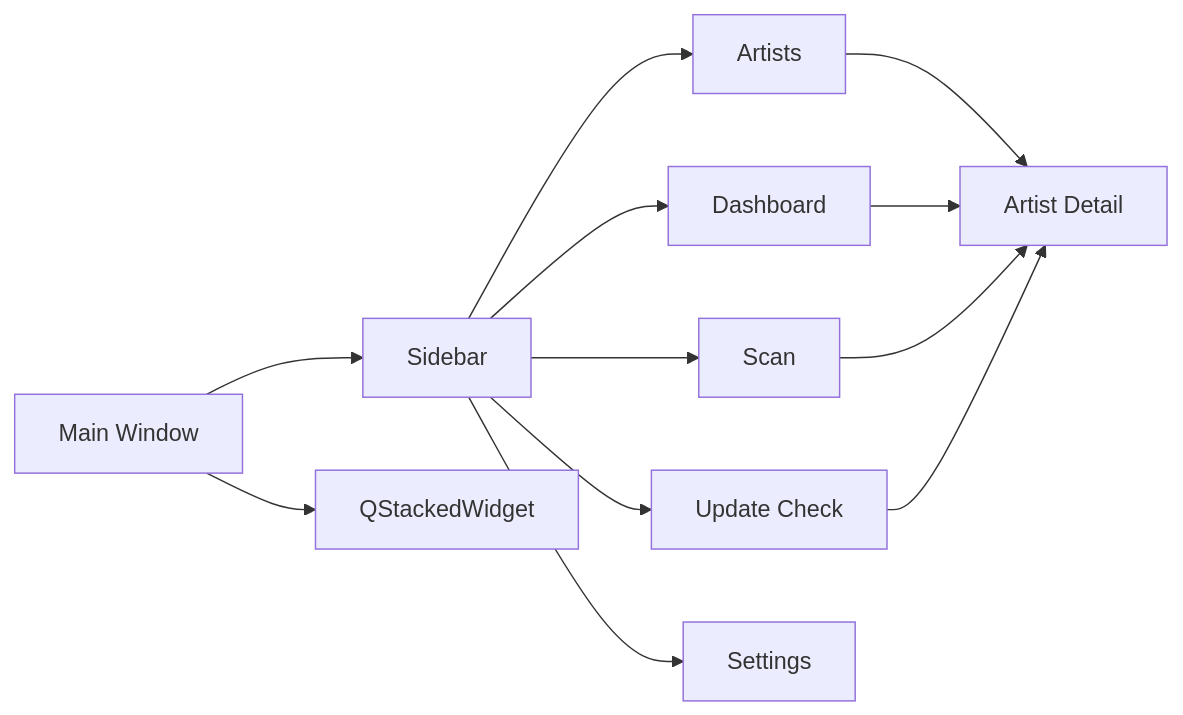
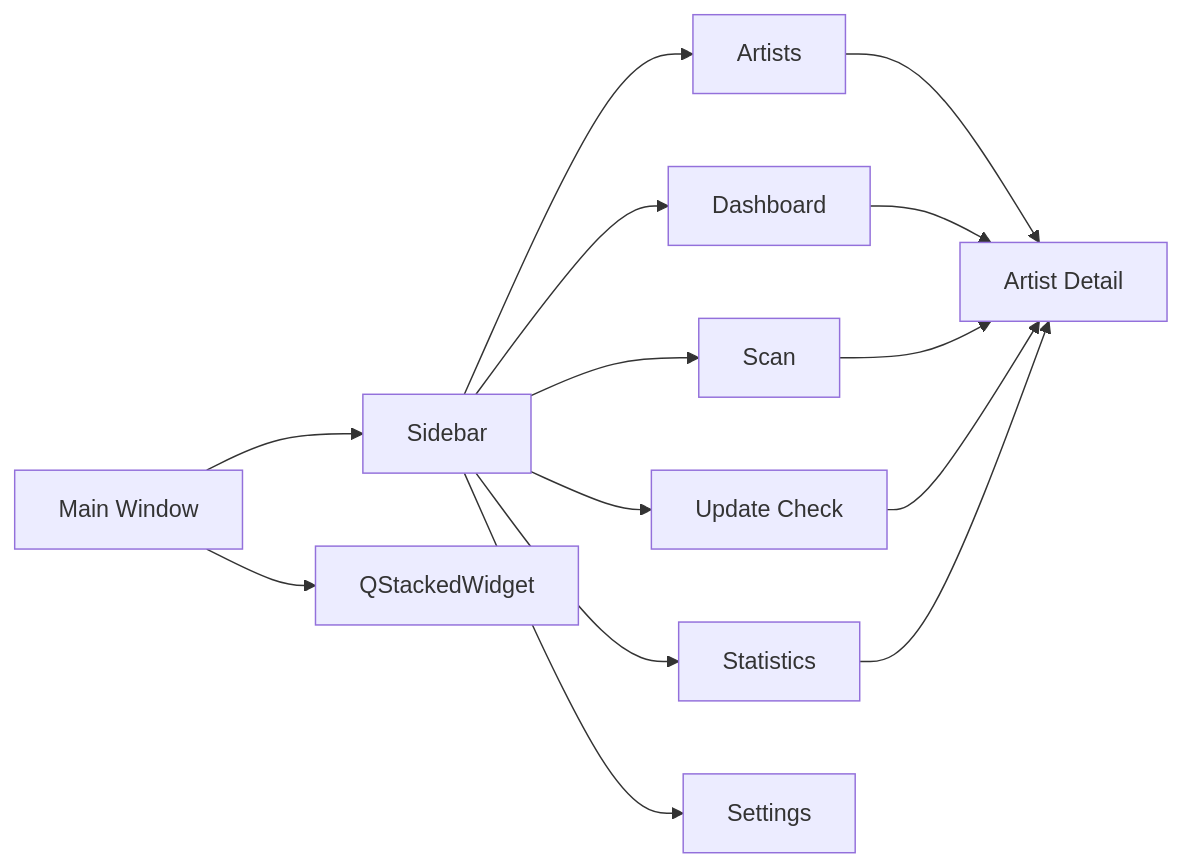
The diagram in docs/05_UI_DESIGN.md (PKT0623/PixivLocalManager), drawn with Mermaid before and after one commit. The commit also changed other lines of this file and 9 other files, not shown here.

````diff
--- a/docs/05_UI_DESIGN.md
+++ b/docs/05_UI_DESIGN.md
@@ -42,19 +42,21 @@
 ```mermaid
 flowchart LR
 
 MAIN[Main Window]
 
 MAIN --> SIDEBAR[Sidebar]
 MAIN --> STACK[QStackedWidget]
 
 SIDEBAR --> DASHBOARD[Dashboard]
 SIDEBAR --> SCAN[Scan]
 SIDEBAR --> ARTISTS[Artists]
 SIDEBAR --> UPDATE[Update Check]
+SIDEBAR --> STATISTICS[Statistics]
 SIDEBAR --> SETTINGS[Settings]
 
 ARTISTS --> DETAIL[Artist Detail]
 DASHBOARD --> DETAIL
 SCAN --> DETAIL
 UPDATE --> DETAIL
+STATISTICS --> DETAIL
 ```
````
